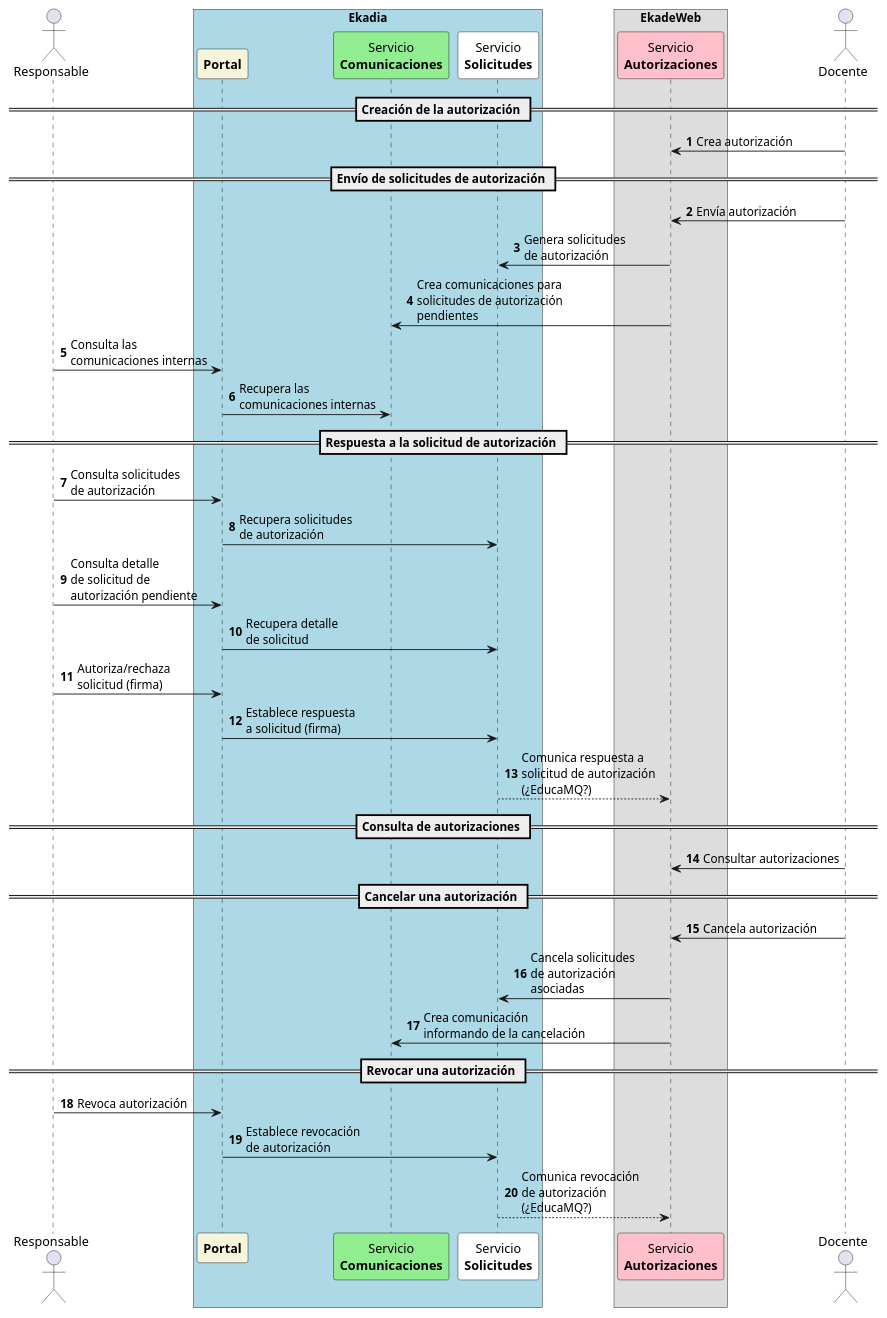
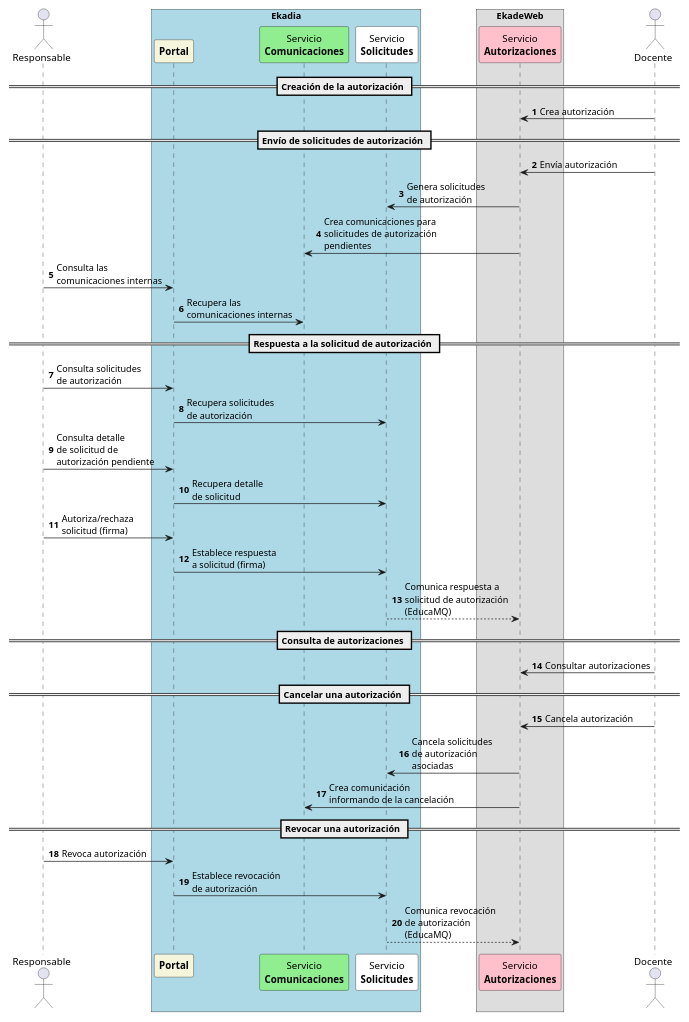
One commit to fvarrui/marktile changed the diagram in XXXX-XXXX_AFS_Análisis_funcional_del_sistema.md. Above: the diagram before and after it, drawn with PlantUML. The commit also changed other lines of this file and 18 other files, not shown here.

````diff
--- a/XXXX-XXXX_AFS_Análisis_funcional_del_sistema.md
+++ b/XXXX-XXXX_AFS_Análisis_funcional_del_sistema.md
@@ -24,41 +26,42 @@
 ```plantuml
 @startuml
+scale 750 width
 actor Responsable as RES
 box "Ekadia" #LightBlue
     participant "**Portal**" as PEK #Beige
     participant "Servicio\n**Comunicaciones**" as COM #LightGreen
     participant "Servicio\n**Solicitudes**" as SOL #White
 end box
 box "EkadeWeb"
     participant "Servicio\n**Autorizaciones**" as AUT #Pink
 end box
 actor Docente as DOC
 autonumber
 == Creación de la autorización ==
 DOC -> AUT: Crea autorización
 == Envío de solicitudes de autorización ==
 DOC -> AUT: Envía autorización
 AUT -> SOL: Genera solicitudes\nde autorización
 AUT -> COM: Crea comunicaciones para\nsolicitudes de autorización\npendientes
 RES -> PEK: Consulta las\ncomunicaciones internas
 PEK -> COM: Recupera las\ncomunicaciones internas
 == Respuesta a la solicitud de autorización ==
 RES -> PEK: Consulta solicitudes\nde autorización
 PEK -> SOL: Recupera solicitudes\nde autorización
 RES -> PEK: Consulta detalle\nde solicitud de\nautorización pendiente
 PEK -> SOL: Recupera detalle\nde solicitud
 RES -> PEK: Autoriza/rechaza\nsolicitud (firma)
 PEK -> SOL: Establece respuesta\na solicitud (firma)
-SOL --> AUT: Comunica respuesta a\nsolicitud de autorización\n(¿EducaMQ?)
+SOL --> AUT: Comunica respuesta a\nsolicitud de autorización\n(EducaMQ)
 == Consulta de autorizaciones ==
 DOC -> AUT: Consultar autorizaciones
 == Cancelar una autorización ==
 DOC -> AUT: Cancela autorización
 AUT -> SOL: Cancela solicitudes\nde autorización\nasociadas
 AUT -> COM: Crea comunicación\ninformando de la cancelación
 == Revocar una autorización ==
 RES -> PEK: Revoca autorización
 PEK -> SOL: Establece revocación\nde autorización
-SOL --> AUT: Comunica revocación\nde autorización\n(¿EducaMQ?)
+SOL --> AUT: Comunica revocación\nde autorización\n(EducaMQ)
 @enduml
 ```
````
